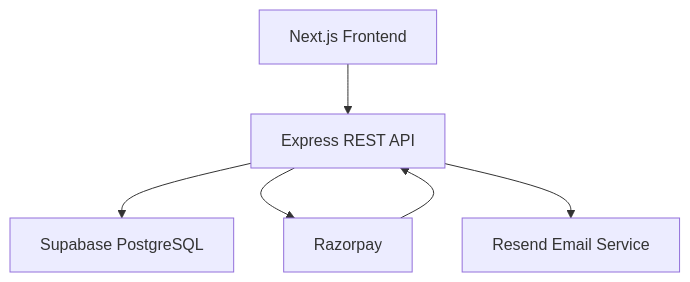
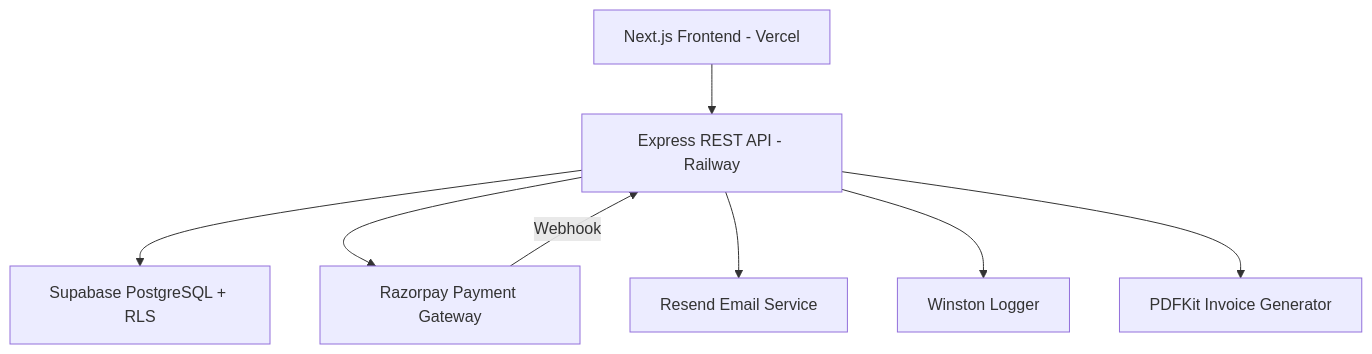
Before and after one commit to ShambhaviSingh16/physiowaye: the diagram in README.md, drawn with Mermaid. The commit also changed other lines of this file, not shown here.

````diff
--- a/README.md
+++ b/README.md
@@ -140,10 +132,10 @@
 ```mermaid
 graph TD
-    A[Next.js Frontend] --> B[Express REST API]
-
-    B --> C[Supabase PostgreSQL]
-    B --> D[Razorpay]
+    A[Next.js Frontend - Vercel] --> B[Express REST API - Railway]
+    B --> C[Supabase PostgreSQL + RLS]
+    B --> D[Razorpay Payment Gateway]
     B --> E[Resend Email Service]
-
-    D --> B
+    D -->|Webhook| B
+    B --> F[Winston Logger]
+    B --> G[PDFKit Invoice Generator]
 ```
````
